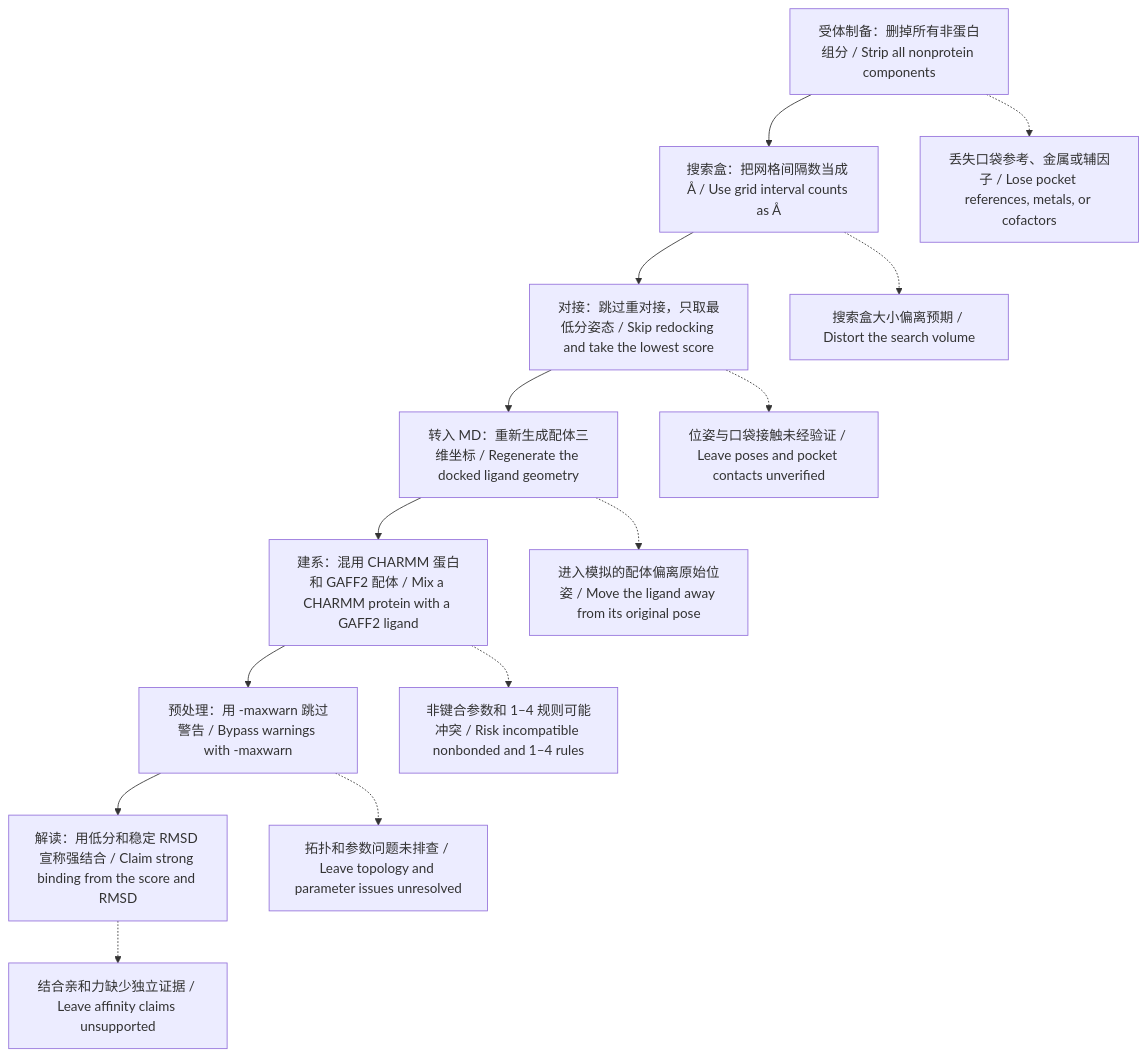
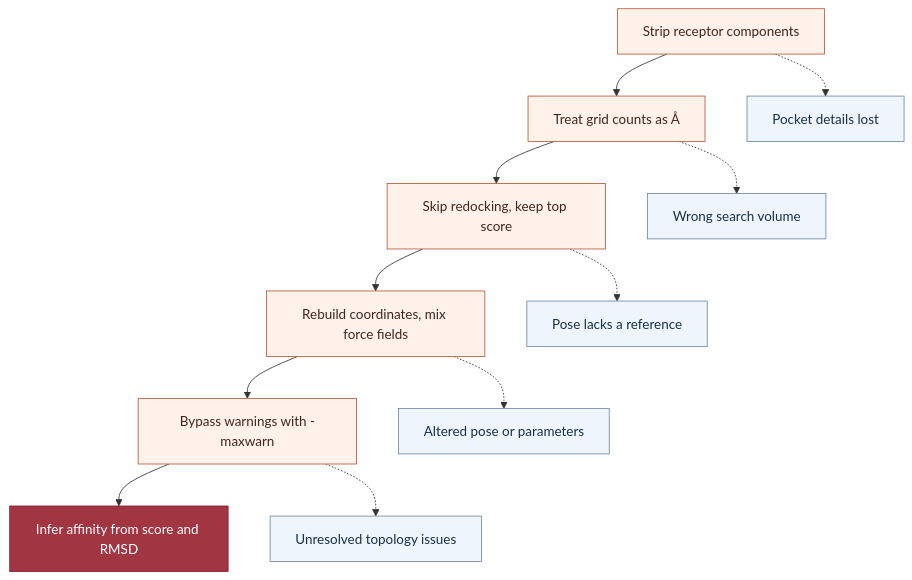
One commit to LuciferBioLab/docking-gromacs-tutorial changed the third of 3 diagrams in README.md. Above: the diagram before and after it, drawn with Mermaid. The commit also changed other lines of this file, not shown here.

Commit message:
Improve readability of the tutorial mistake flowchart

````diff
--- a/README.md
+++ b/README.md
@@ -79,18 +105,21 @@
 ```mermaid
 flowchart TD
-    A["受体制备：删掉所有非蛋白组分 / Strip all nonprotein components"]
-    B["搜索盒：把网格间隔数当成 Å / Use grid interval counts as Å"]
-    C["对接：跳过重对接，只取最低分姿态 / Skip redocking and take the lowest score"]
-    D["转入 MD：重新生成配体三维坐标 / Regenerate the docked ligand geometry"]
-    E["建系：混用 CHARMM 蛋白和 GAFF2 配体 / Mix a CHARMM protein with a GAFF2 ligand"]
-    F["预处理：用 -maxwarn 跳过警告 / Bypass warnings with -maxwarn"]
-    G["解读：用低分和稳定 RMSD 宣称强结合 / Claim strong binding from the score and RMSD"]
-    A --> B --> C --> D --> E --> F --> G
-    A -.-> R1["丢失口袋参考、金属或辅因子 / Lose pocket references, metals, or cofactors"]
-    B -.-> R2["搜索盒大小偏离预期 / Distort the search volume"]
-    C -.-> R3["位姿与口袋接触未经验证 / Leave poses and pocket contacts unverified"]
-    D -.-> R4["进入模拟的配体偏离原始位姿 / Move the ligand away from its original pose"]
-    E -.-> R5["非键合参数和 1–4 规则可能冲突 / Risk incompatible nonbonded and 1–4 rules"]
-    F -.-> R6["拓扑和参数问题未排查 / Leave topology and parameter issues unresolved"]
-    G -.-> R7["结合亲和力缺少独立证据 / Leave affinity claims unsupported"]
+    Prep["Strip receptor components"]
+    Box["Treat grid counts as Å"]
+    Pose["Skip redocking, keep top score"]
+    Build["Rebuild coordinates, mix force fields"]
+    Run["Bypass warnings with -maxwarn"]
+    Claim["Infer affinity from score and RMSD"]
+    Prep --> Box --> Pose --> Build --> Run --> Claim
+    Prep -.-> Pocket["Pocket details lost"]
+    Box -.-> Volume["Wrong search volume"]
+    Pose -.-> Reference["Pose lacks a reference"]
+    Build -.-> Model["Altered pose or parameters"]
+    Run -.-> Check["Unresolved topology issues"]
+    classDef action fill:#fff2eb,stroke:#b75a39,color:#40251b
+    classDef impact fill:#eef5fc,stroke:#718aa5,color:#172f47
+    classDef outcome fill:#a23542,stroke:#80242e,color:#ffffff
+    class Prep,Box,Pose,Build,Run action
+    class Pocket,Volume,Reference,Model,Check impact
+    class Claim outcome
 ```
````
